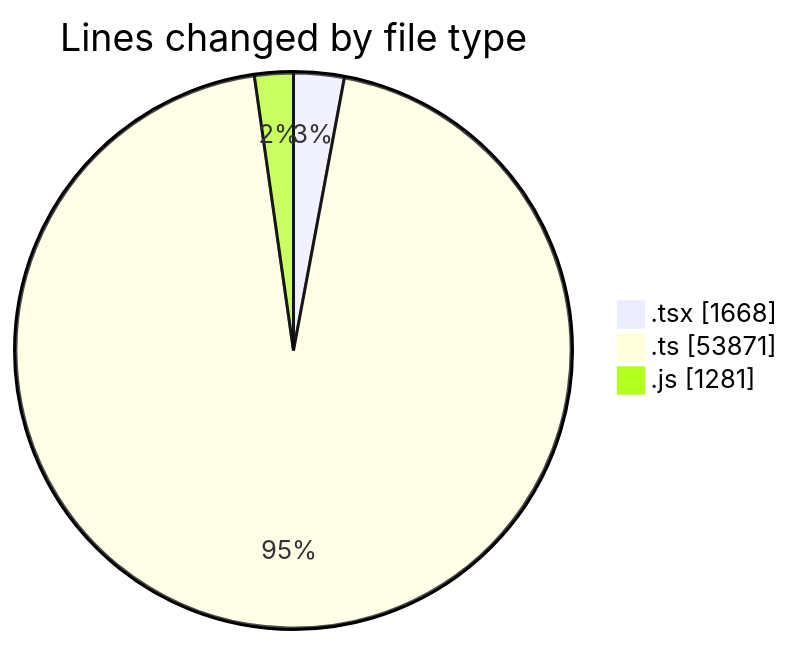
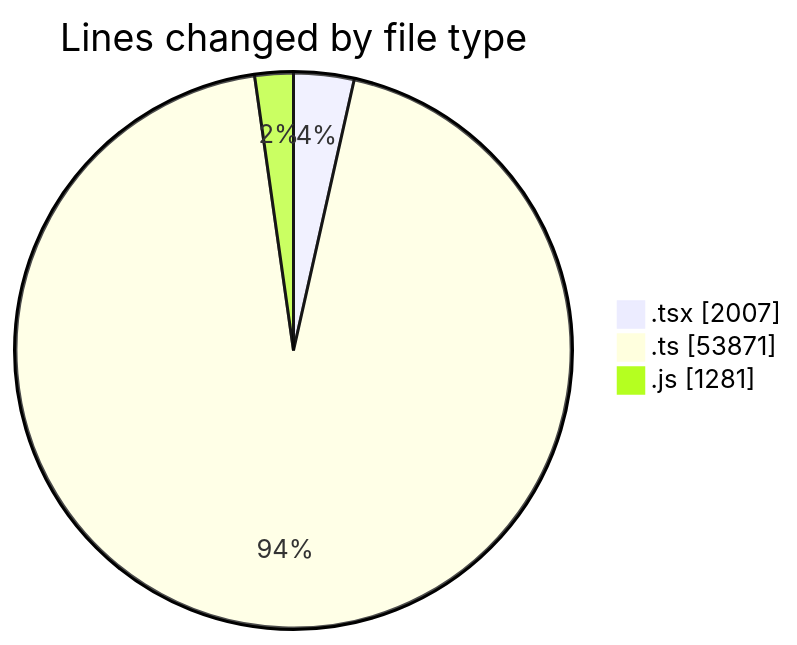
Before and after one commit to momahboobian/code-tracking: the first of 2 diagrams in 2026-11-09/cda/README.md, drawn with Mermaid. The commit also changed other lines of this file and 1 other file, not shown here.

````diff
--- a/2026-11-09/cda/README.md
+++ b/2026-11-09/cda/README.md
@@ -43,7 +44,7 @@
 ```mermaid
 pie showData
 title Lines changed by file type
-".tsx" : 1668
+".tsx" : 2007
 ".ts" : 53871
 ".js" : 1281
 ```
````
